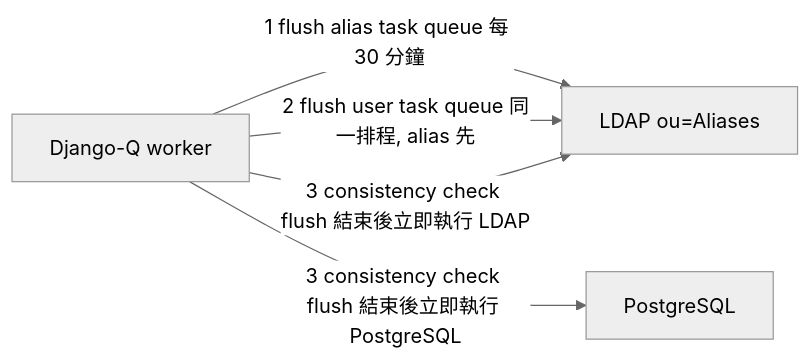
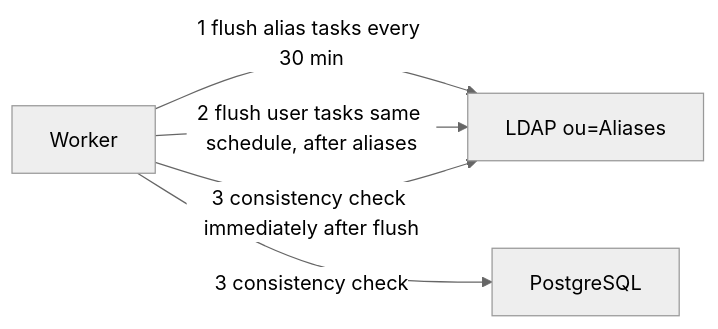
Before and after one commit to QWERTYPIG/2026-NASA3-Mail-Subscription: the fourth of 4 diagrams in README.md, drawn with Mermaid (neutral theme). The commit also changed other lines of this file, not shown here.

````diff
--- a/README.md
+++ b/README.md
@@ -54,7 +81,7 @@
 ```mermaid
 flowchart LR
-  Worker["Django-Q worker"] -->|1 flush alias task queue 每 30 分鐘| LDAP["LDAP ou=Aliases"]
-  Worker -->|2 flush user task queue 同一排程, alias 先| LDAP
-  Worker -->|3 consistency check flush 結束後立即執行 LDAP| LDAP
-  Worker -->|3 consistency check flush 結束後立即執行 PostgreSQL| PostgreSQL["PostgreSQL"]
+  Worker -->|1 flush alias tasks every 30 min| LDAP["LDAP ou=Aliases"]
+  Worker -->|2 flush user tasks same schedule, after aliases| LDAP
+  Worker -->|3 consistency check immediately after flush| LDAP
+  Worker -->|3 consistency check| PostgreSQL
 ```
````
